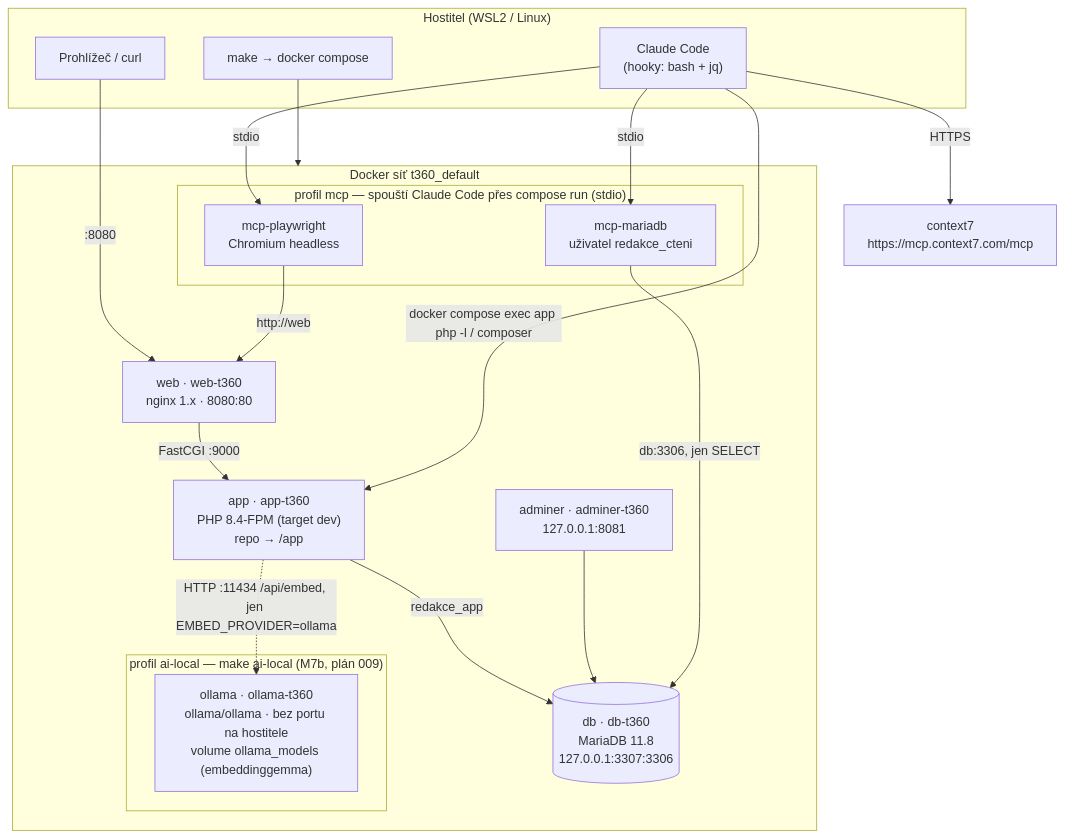
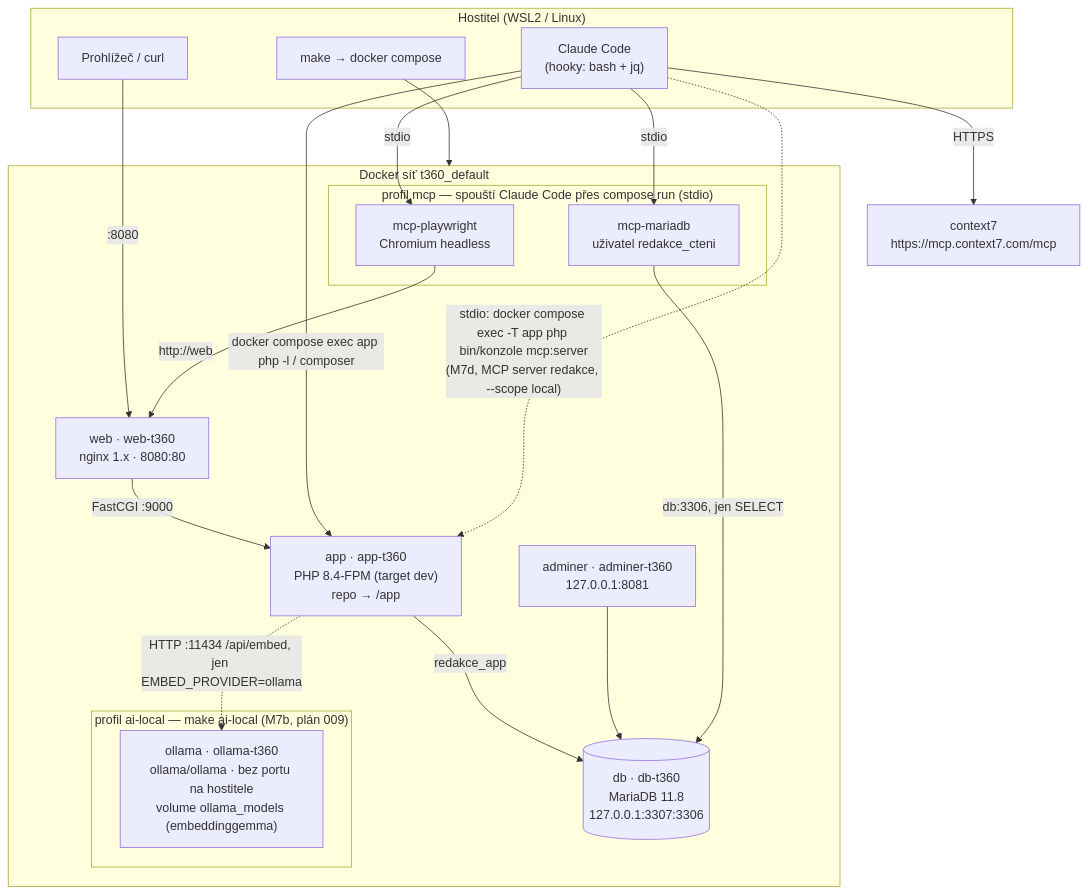
One commit to rehorxsamsa/t360-php-agent-rs changed the second of 5 diagrams in docs/architektura.md. Above: the diagram before and after it, drawn with Mermaid. The commit also changed other lines of this file and 5 other files, not shown here.

Commit message:
docs(plan): plán 011 MCP server redakce a ADR-0011

````diff
--- a/docs/architektura.md
+++ b/docs/architektura.md
@@ -160,34 +180,35 @@
 ```mermaid
 flowchart TB
     subgraph Host["Hostitel (WSL2 / Linux)"]
         B["Prohlížeč / curl"]
         CC["Claude Code<br/>(hooky: bash + jq)"]
         MK["make → docker compose"]
     end
     subgraph Net["Docker síť t360_default"]
         W["web · web-t360<br/>nginx 1.x · 8080:80"]
         A["app · app-t360<br/>PHP 8.4-FPM (target dev)<br/>repo → /app"]
         D[("db · db-t360<br/>MariaDB 11.8<br/>127.0.0.1:3307:3306")]
         AD["adminer · adminer-t360<br/>127.0.0.1:8081"]
         subgraph PL["profil ai-local — make ai-local (M7b, plán 009)"]
             O["ollama · ollama-t360<br/>ollama/ollama · bez portu na hostitele<br/>volume ollama_models (embeddinggemma)"]
         end
         subgraph P["profil mcp — spouští Claude Code přes compose run (stdio)"]
             PW["mcp-playwright<br/>Chromium headless"]
             MM["mcp-mariadb<br/>uživatel redakce_cteni"]
         end
     end
     C7["context7<br/>https://mcp.context7.com/mcp"]
     B -->|":8080"| W
     W -->|"FastCGI :9000"| A
     A -->|"redakce_app"| D
     A -.->|"HTTP :11434 /api/embed, jen EMBED_PROVIDER=ollama"| O
     AD --> D
     CC -->|"docker compose exec app php -l / composer"| A
+    CC -.->|"stdio: docker compose exec -T app php bin/konzole mcp:server<br/>(M7d, MCP server redakce, --scope local)"| A
     CC -->|"stdio"| PW
     CC -->|"stdio"| MM
     CC -->|"HTTPS"| C7
     PW -->|"http://web"| W
     MM -->|"db:3306, jen SELECT"| D
     MK --> Net
 ```
````
